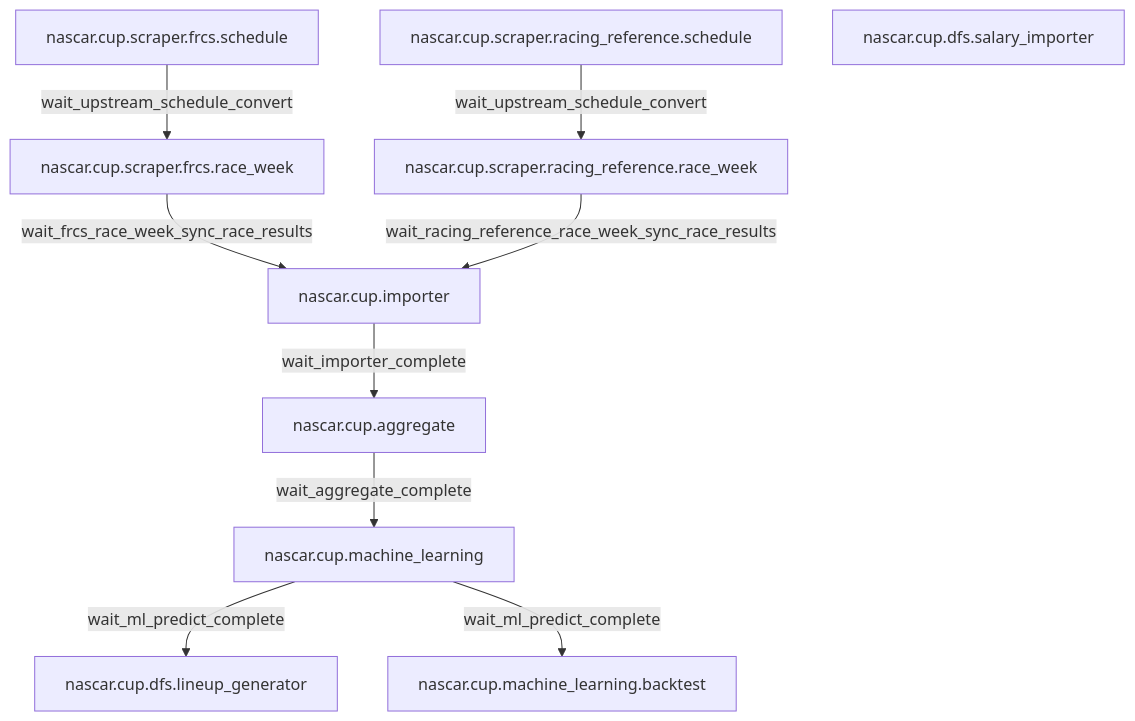
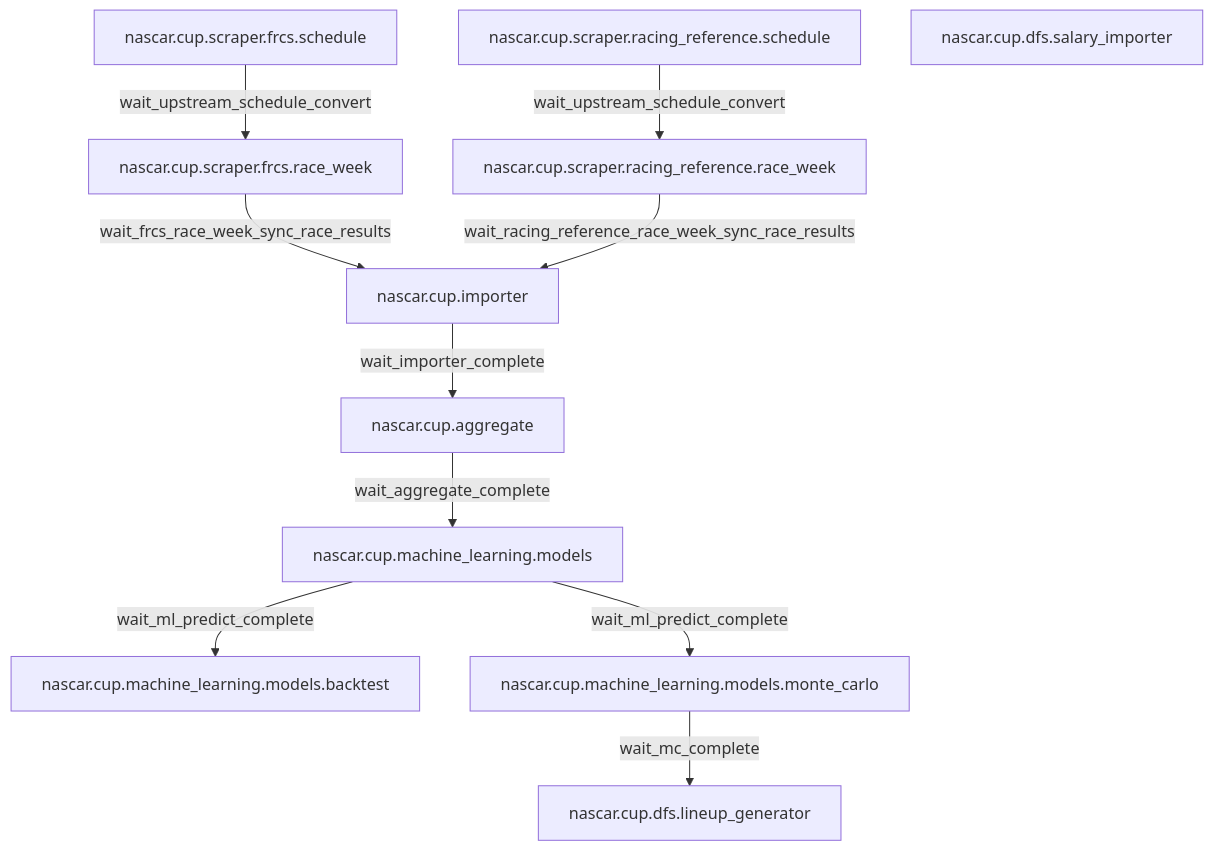
The diagram in docs/nascar/README.md (giraffalope/fantasy-sports-airflow), drawn with Mermaid before and after one commit. The commit also changed other lines of this file and 58 other files, not shown here.

````diff
--- a/docs/nascar/README.md
+++ b/docs/nascar/README.md
@@ -16,22 +16,24 @@
 ```mermaid
 flowchart TB
   FrcsSchedule[nascar.cup.scraper.frcs.schedule]
   FrcsRaceWeek[nascar.cup.scraper.frcs.race_week]
   RrSchedule[nascar.cup.scraper.racing_reference.schedule]
   RrRaceWeek[nascar.cup.scraper.racing_reference.race_week]
   Importer[nascar.cup.importer]
   Aggregate[nascar.cup.aggregate]
-  MachineLearning[nascar.cup.machine_learning]
-  MachineLearningBacktest[nascar.cup.machine_learning.backtest]
+  MachineLearningModels[nascar.cup.machine_learning.models]
+  MachineLearningModelsBacktest[nascar.cup.machine_learning.models.backtest]
+  MachineLearningModelsMonteCarlo[nascar.cup.machine_learning.models.monte_carlo]
   DfsSalary[nascar.cup.dfs.salary_importer]
   DfsLineup[nascar.cup.dfs.lineup_generator]
 
   FrcsSchedule -->|"wait_upstream_schedule_convert"| FrcsRaceWeek
   RrSchedule -->|"wait_upstream_schedule_convert"| RrRaceWeek
   FrcsRaceWeek -->|"wait_frcs_race_week_sync_race_results"| Importer
   RrRaceWeek -->|"wait_racing_reference_race_week_sync_race_results"| Importer
   Importer -->|"wait_importer_complete"| Aggregate
-  Aggregate -->|"wait_aggregate_complete"| MachineLearning
-  MachineLearning -->|"wait_ml_predict_complete"| DfsLineup
-  MachineLearning -->|"wait_ml_predict_complete"| MachineLearningBacktest
+  Aggregate -->|"wait_aggregate_complete"| MachineLearningModels
+  MachineLearningModels -->|"wait_ml_predict_complete"| MachineLearningModelsBacktest
+  MachineLearningModels -->|"wait_ml_predict_complete"| MachineLearningModelsMonteCarlo
+  MachineLearningModelsMonteCarlo -->|"wait_mc_complete"| DfsLineup
 ```
````
